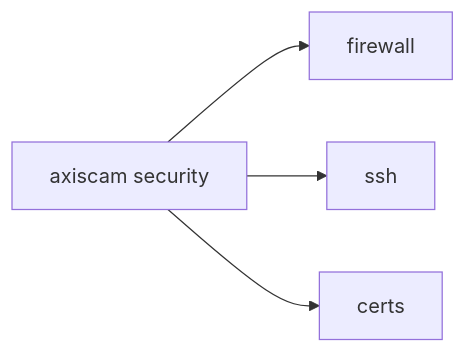
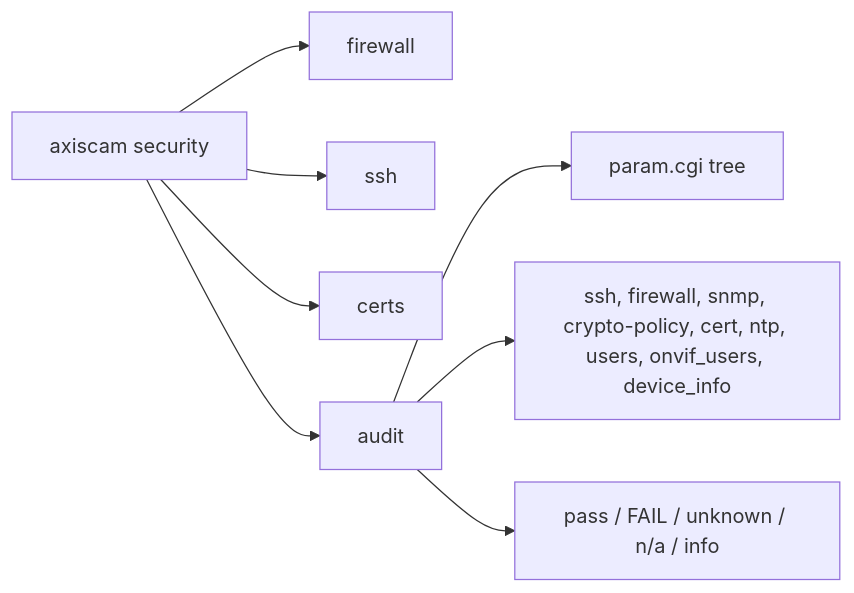
Before and after one commit to NetDevAutomate/axiscam: the fifth of 16 diagrams in docs/cli-reference.md, drawn with Mermaid. The commit also changed other lines of this file and 26 other files, not shown here.

````diff
--- a/docs/cli-reference.md
+++ b/docs/cli-reference.md
@@ -481,6 +481,9 @@
 ```mermaid
 flowchart LR
     SECURITY[axiscam security] --> FIREWALL[firewall]
     SECURITY --> SSH[ssh]
     SECURITY --> CERTS[certs]
+    SECURITY --> AUDIT[audit]
+    AUDIT --> PARAMS[param.cgi tree] & READERS[ssh, firewall, snmp, crypto-policy, cert, ntp, users, onvif_users, device_info]
+    AUDIT --> REPORT[pass / FAIL / unknown / n/a / info]
 ```
````
